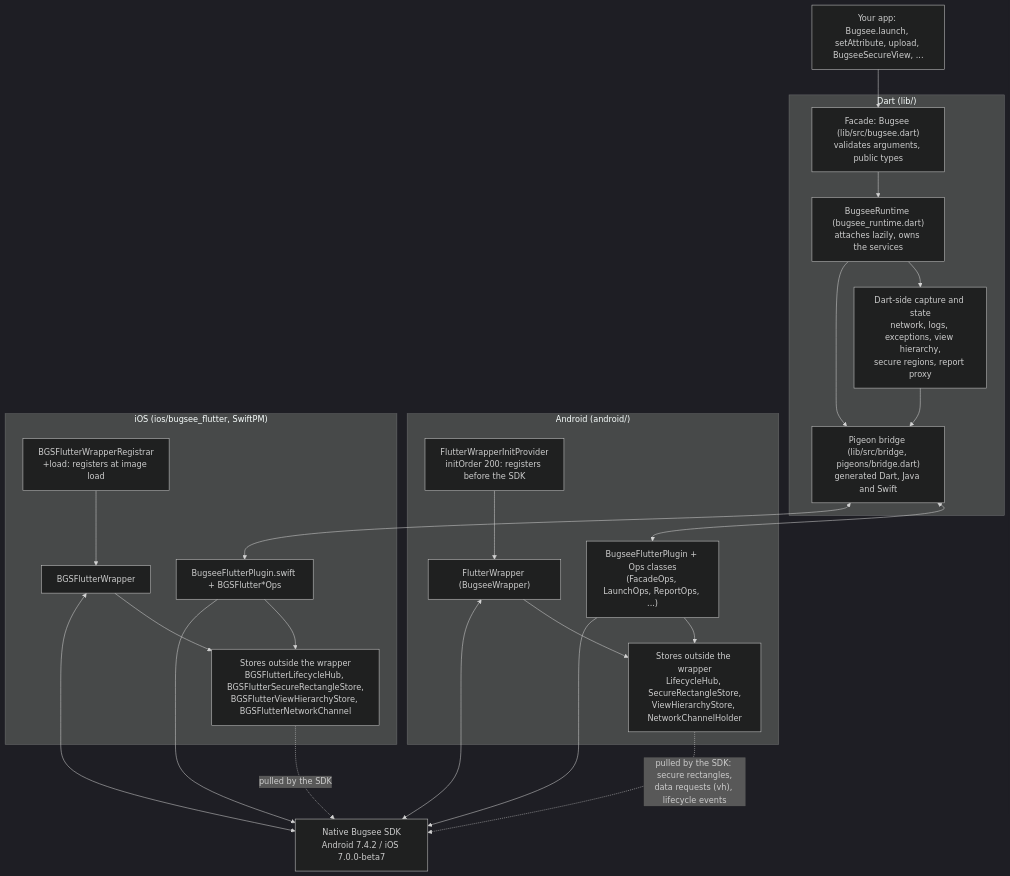
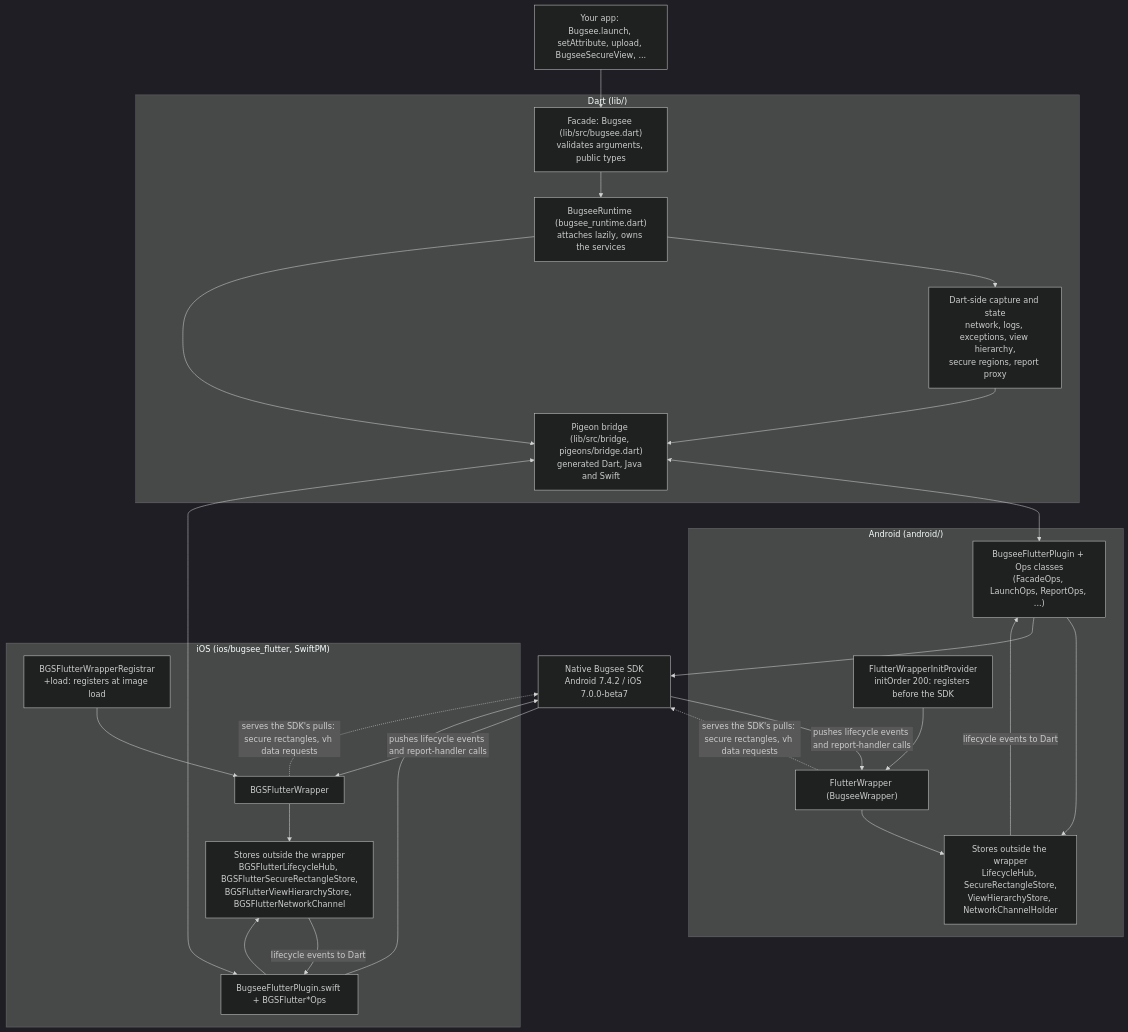
One commit to bugsee/bugsee-flutter changed the diagram in doc/architecture.md. Above: the diagram before and after it, drawn with Mermaid (dark theme). The commit also changed other lines of this file and 11 other files, not shown here.

Commit message:
Review round 1: PLAN keeps the pointed-to notes, diagram shows lifecycle as pushed, pinned symbols script, install before publication, API contract wording

````diff
--- a/doc/architecture.md
+++ b/doc/architecture.md
@@ -8,46 +8,48 @@
 ```mermaid
 flowchart TB
   app["Your app: Bugsee.launch, setAttribute, upload, BugseeSecureView, ..."]
 
   subgraph dart["Dart (lib/)"]
     facade["Facade: Bugsee (lib/src/bugsee.dart)<br/>validates arguments, public types"]
     runtime["BugseeRuntime (bugsee_runtime.dart)<br/>attaches lazily, owns the services"]
     services["Dart-side capture and state<br/>network, logs, exceptions, view hierarchy,<br/>secure regions, report proxy"]
     bridge["Pigeon bridge (lib/src/bridge, pigeons/bridge.dart)<br/>generated Dart, Java and Swift"]
     facade --> runtime --> services
     runtime --> bridge
     services --> bridge
   end
 
   subgraph android["Android (android/)"]
     aprov["FlutterWrapperInitProvider<br/>initOrder 200: registers before the SDK"]
     aplug["BugseeFlutterPlugin + Ops classes<br/>(FacadeOps, LaunchOps, ReportOps, ...)"]
     awrap["FlutterWrapper (BugseeWrapper)"]
     astores["Stores outside the wrapper<br/>LifecycleHub, SecureRectangleStore,<br/>ViewHierarchyStore, NetworkChannelHolder"]
     aprov --> awrap
     aplug --> astores
     awrap --> astores
   end
 
   subgraph ios["iOS (ios/bugsee_flutter, SwiftPM)"]
     ireg["BGSFlutterWrapperRegistrar<br/>+load: registers at image load"]
     iplug["BugseeFlutterPlugin.swift + BGSFlutter*Ops"]
     iwrap["BGSFlutterWrapper"]
     istores["Stores outside the wrapper<br/>BGSFlutterLifecycleHub, BGSFlutterSecureRectangleStore,<br/>BGSFlutterViewHierarchyStore, BGSFlutterNetworkChannel"]
     ireg --> iwrap
     iplug --> istores
     iwrap --> istores
   end
 
   sdk["Native Bugsee SDK<br/>Android 7.4.2 / iOS 7.0.0-beta7"]
 
   app --> facade
   bridge <--> aplug
   bridge <--> iplug
   aplug --> sdk
   iplug --> sdk
-  awrap <--> sdk
-  iwrap <--> sdk
-  astores -. "pulled by the SDK: secure rectangles,<br/>data requests (vh), lifecycle events" .-> sdk
-  istores -. "pulled by the SDK" .-> sdk
+  sdk -->|"pushes lifecycle events and report-handler calls"| awrap
+  sdk -->|"pushes lifecycle events and report-handler calls"| iwrap
+  awrap -.->|"serves the SDK's pulls: secure rectangles, vh data requests"| sdk
+  iwrap -.->|"serves the SDK's pulls: secure rectangles, vh data requests"| sdk
+  astores -->|"lifecycle events to Dart"| aplug
+  istores -->|"lifecycle events to Dart"| iplug
 ```
````
